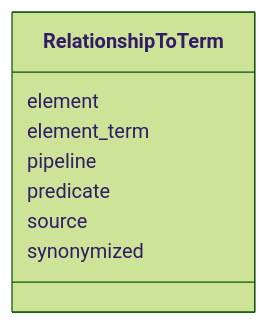
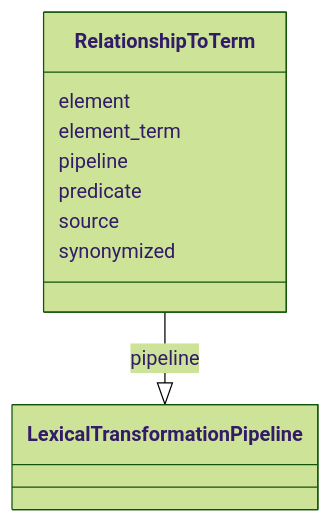
One commit to cthoyt/ontology-access-kit changed the diagram in lexical-index/RelationshipToTerm.md. Above: the diagram before and after it, drawn with Mermaid (forest theme). The commit also changed other lines of this file and 3287 other files, not shown here.

````diff
--- a/lexical-index/RelationshipToTerm.md
+++ b/lexical-index/RelationshipToTerm.md
@@ -11,11 +14,19 @@
 ```{mermaid}
  classDiagram
     class RelationshipToTerm
       RelationshipToTerm : element
+        
       RelationshipToTerm : element_term
+        
       RelationshipToTerm : pipeline
+        
+          RelationshipToTerm --|> LexicalTransformationPipeline : pipeline
+        
       RelationshipToTerm : predicate
+        
       RelationshipToTerm : source
+        
       RelationshipToTerm : synonymized
+        
       
 ```
````
